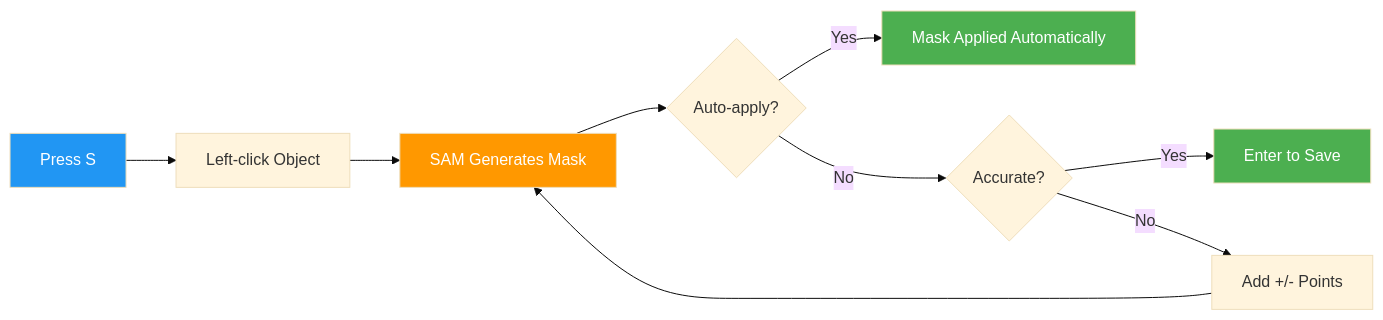
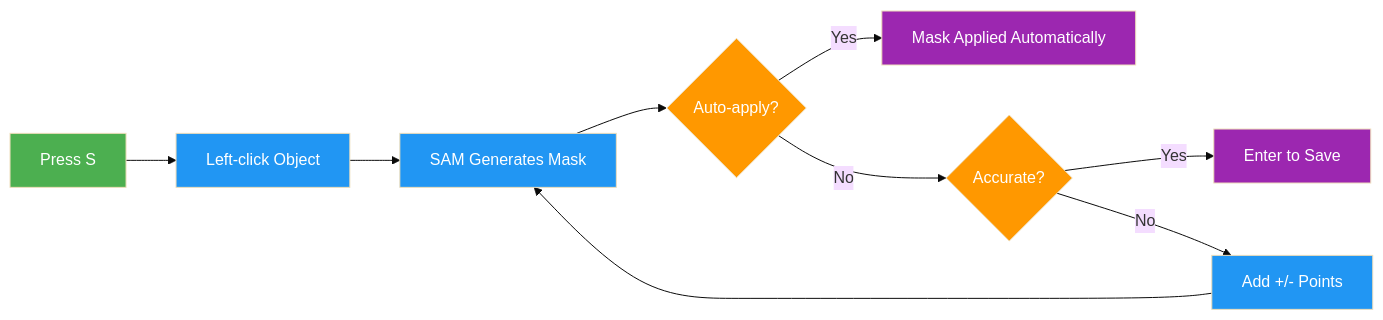
The third of 3 diagrams in Backend/ObjectDetection/ultralytics/docs/en/platform/data/annotation.md (TEXTaiLES/AmalthAI), drawn with Mermaid (base theme) before and after one commit. The commit also changed other lines of this file and 943 other files, not shown here.

````diff
--- a/Backend/ObjectDetection/ultralytics/docs/en/platform/data/annotation.md
+++ b/Backend/ObjectDetection/ultralytics/docs/en/platform/data/annotation.md
@@ -252,16 +253,16 @@
 ```mermaid
 graph LR
-    A[Press S] --> B[Left-click Object]
-    B --> C[SAM Generates Mask]
-    C --> D{Auto-apply?}
-    D -->|Yes| E[Mask Applied Automatically]
-    D -->|No| F{Accurate?}
-    F -->|Yes| G[Enter to Save]
-    F -->|No| H[Add +/- Points]
+    A[Press S]:::start --> B[Left-click Object]:::proc
+    B --> C[SAM Generates Mask]:::proc
+    C --> D{Auto-apply?}:::decide
+    D -->|Yes| E[Mask Applied Automatically]:::out
+    D -->|No| F{Accurate?}:::decide
+    F -->|Yes| G[Enter to Save]:::out
+    F -->|No| H[Add +/- Points]:::proc
     H --> C
 
-    style A fill:#2196F3,color:#fff
-    style C fill:#FF9800,color:#fff
-    style E fill:#4CAF50,color:#fff
-    style G fill:#4CAF50,color:#fff
+    classDef start fill:#4CAF50,color:#fff
+    classDef proc fill:#2196F3,color:#fff
+    classDef decide fill:#FF9800,color:#fff
+    classDef out fill:#9C27B0,color:#fff
 ```
````
